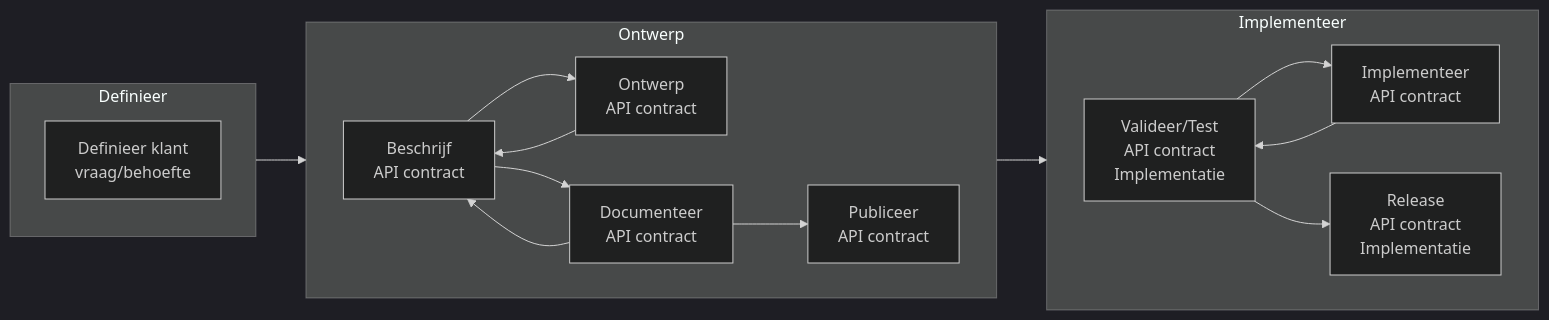
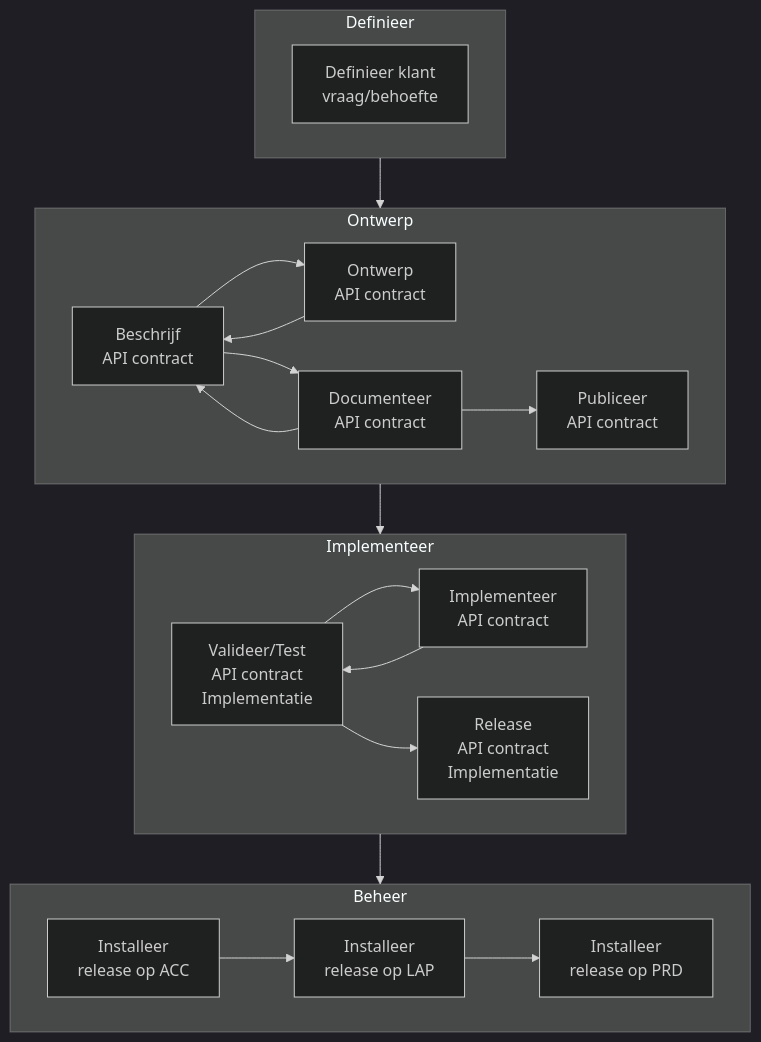
The diagram in docs/brp-api-lifecycle.md (BRP-API/brp-shared), drawn with Mermaid (dark theme) before and after one commit. The commit also changed other lines of this file, not shown here.

Commit message:
docs(brp-api-lifecycle): beheer fase toegevoegd

````diff
--- a/docs/brp-api-lifecycle.md
+++ b/docs/brp-api-lifecycle.md
@@ -3,48 +3,62 @@
 ``` mermaid
-flowchart LR
+flowchart TD
 
     subgraph Definieer
         Define
     end
     subgraph Ontwerp
         direction LR
         DescribeAPI --> DesignAPI
         DesignAPI --> DescribeAPI --> DocumentAPI --> PublishAPI
         DocumentAPI --> DescribeAPI
     end
     subgraph Implementeer
         direction LR
         Test --> Develop
-        Develop --> Test --> Deliver
+        Develop --> Test --> DeliverAPI
+    end
+    subgraph Beheer
+      direction LR
+      DeployACC --> DeployLAP --> DeployPRD
     end
 
     Definieer --> Ontwerp
     Ontwerp --> Implementeer
+    Implementeer --> Beheer
     
     
     Define["Definieer klant
     vraag/behoefte"]
 
     DesignAPI["Ontwerp
     API contract"]
 
     DescribeAPI["Beschrijf
     API contract"]
 
     DocumentAPI["Documenteer
     API contract"]
 
     PublishAPI["Publiceer
     API contract"]
 
     Develop["Implementeer
     API contract"]
 
     Test["Valideer/Test
     API contract
     Implementatie"]
 
-    Deliver["Release
+    DeliverAPI["Release
     API contract
     Implementatie"]
+
+    DeployACC["Installeer 
+    release op ACC"]
+
+    DeployLAP["Installeer
+    release op LAP"]
+
+    DeployPRD["Installeer
+    release op PRD"]
 ```
````
